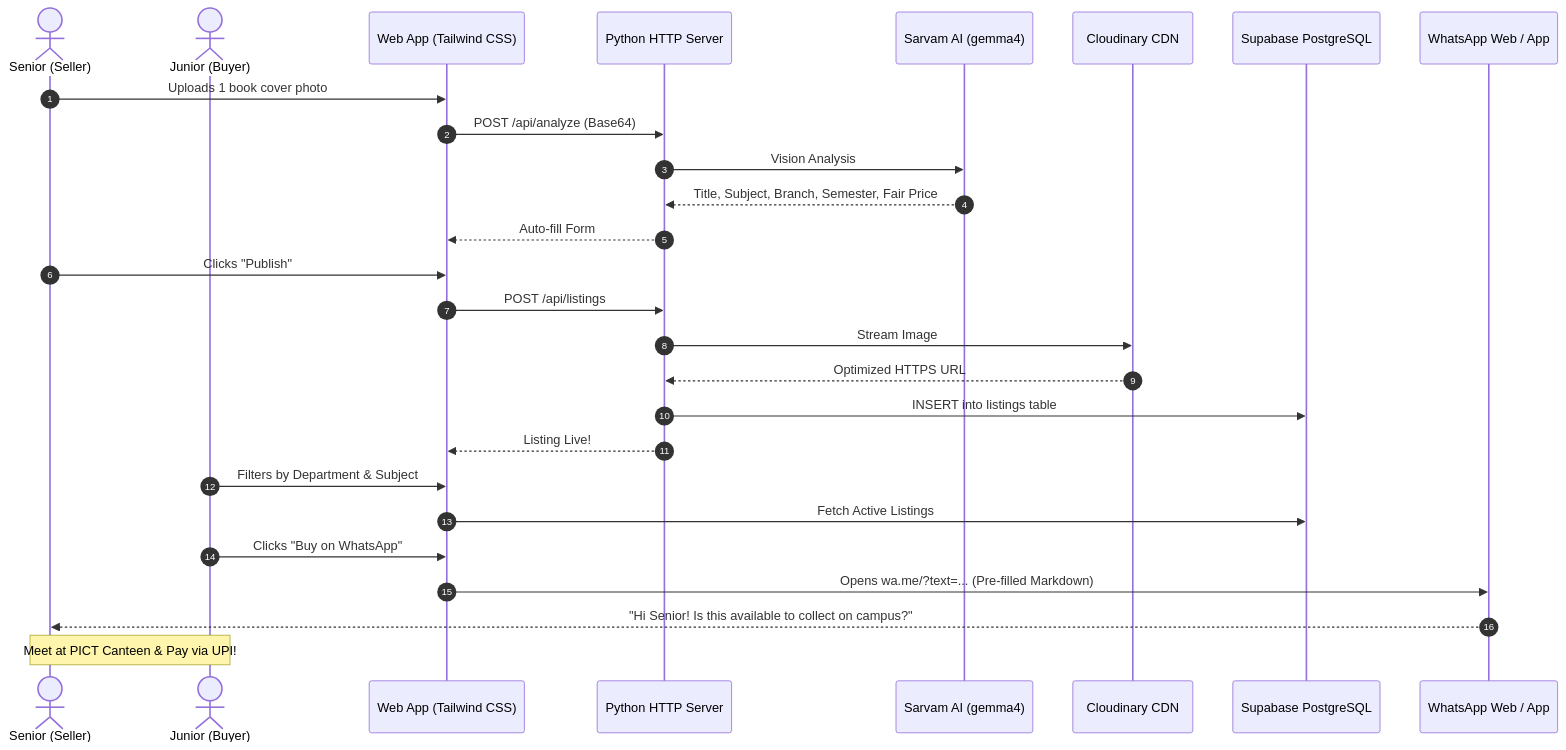
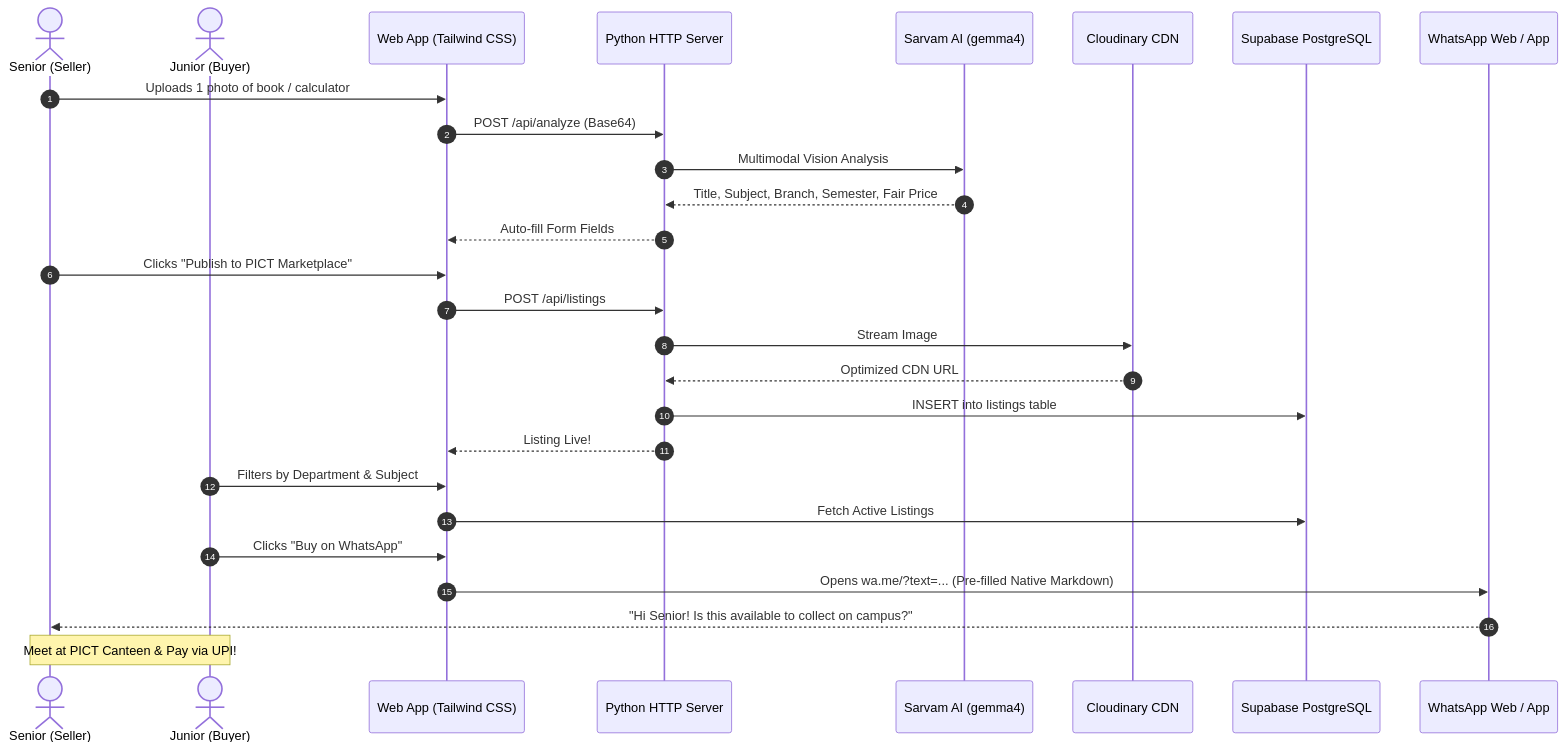
The diagram in README.md (pankajadsul622008-blip/PICT_OLX), drawn with Mermaid before and after one commit. The commit also changed other lines of this file and 8 other files, not shown here.

````diff
--- a/README.md
+++ b/README.md
@@ -82,31 +71,31 @@
 ```mermaid
 sequenceDiagram
     autonumber
     actor Senior as Senior (Seller)
     actor Junior as Junior (Buyer)
     participant Web as Web App (Tailwind CSS)
     participant Server as Python HTTP Server
     participant Sarvam as Sarvam AI (gemma4)
     participant Cloud as Cloudinary CDN
     participant DB as Supabase PostgreSQL
     participant WA as WhatsApp Web / App
 
-    Senior->>Web: Uploads 1 book cover photo
+    Senior->>Web: Uploads 1 photo of book / calculator
     Web->>Server: POST /api/analyze (Base64)
-    Server->>Sarvam: Vision Analysis
+    Server->>Sarvam: Multimodal Vision Analysis
     Sarvam-->>Server: Title, Subject, Branch, Semester, Fair Price
-    Server-->>Web: Auto-fill Form
-    Senior->>Web: Clicks "Publish"
+    Server-->>Web: Auto-fill Form Fields
+    Senior->>Web: Clicks "Publish to PICT Marketplace"
     Web->>Server: POST /api/listings
     Server->>Cloud: Stream Image
-    Cloud-->>Server: Optimized HTTPS URL
+    Cloud-->>Server: Optimized CDN URL
     Server->>DB: INSERT into listings table
     Server-->>Web: Listing Live!
     
     Junior->>Web: Filters by Department & Subject
     Web->>DB: Fetch Active Listings
     Junior->>Web: Clicks "Buy on WhatsApp"
-    Web->>WA: Opens wa.me/?text=... (Pre-filled Markdown)
+    Web->>WA: Opens wa.me/?text=... (Pre-filled Native Markdown)
     WA-->>Senior: "Hi Senior! Is this available to collect on campus?"
     Note over Senior,Junior: Meet at PICT Canteen & Pay via UPI!
 ```
````
